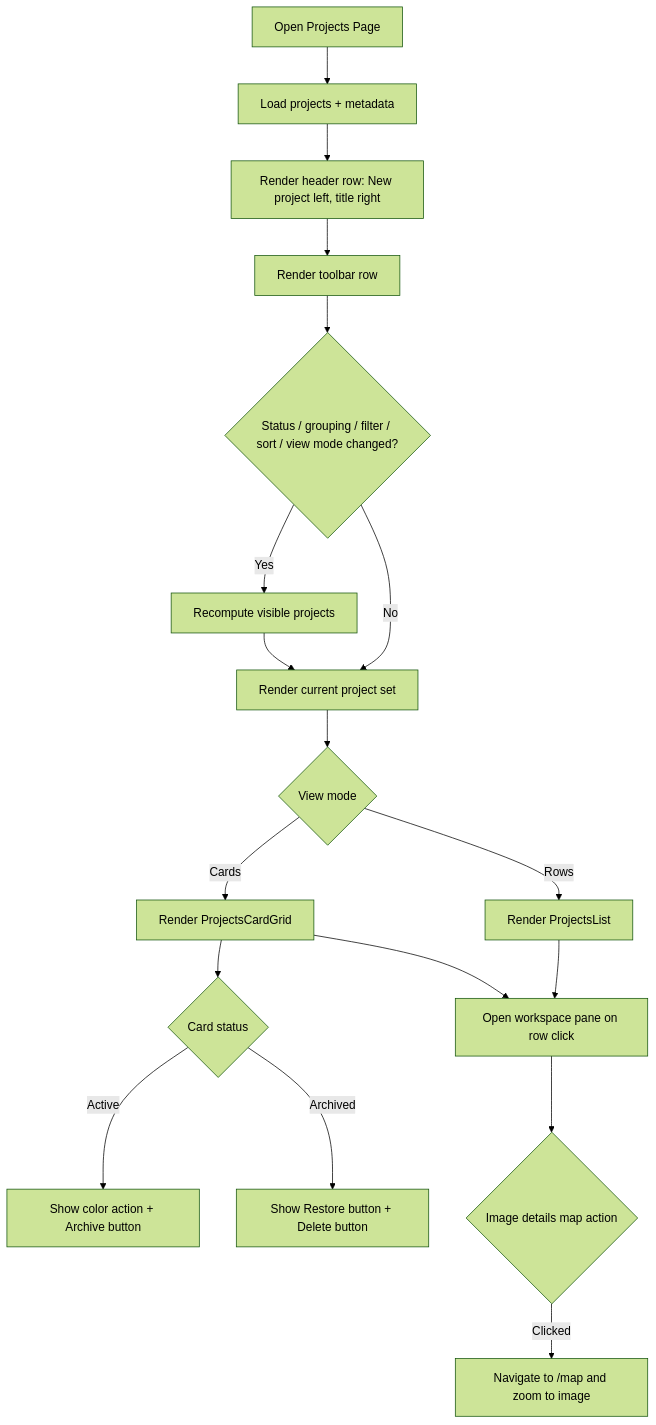
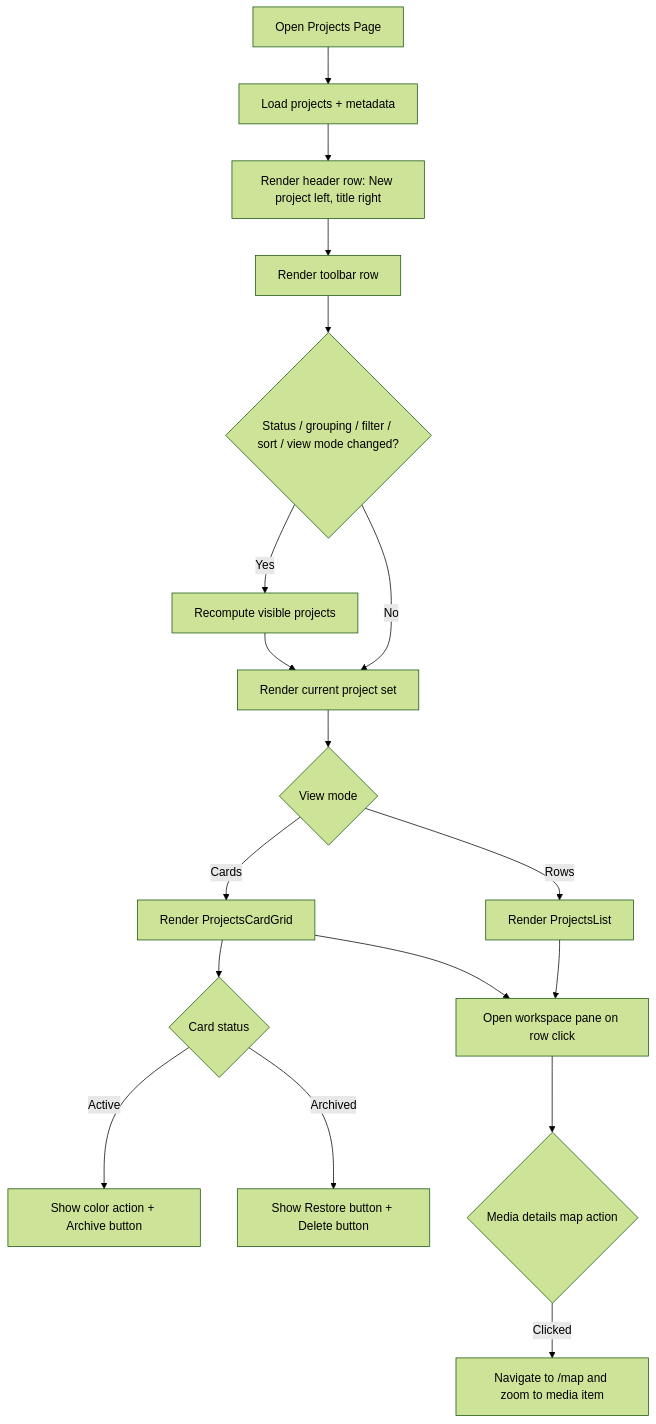
Before and after one commit to matkleve/feldpost: the first of 5 diagrams in docs/specs/page/projects-page.md, drawn with Mermaid (forest theme). The commit also changed other lines of this file and 26 other files, not shown here.

````diff
--- a/docs/specs/page/projects-page.md
+++ b/docs/specs/page/projects-page.md
@@ -44,20 +44,20 @@
 ```mermaid
 flowchart TD
 	A[Open Projects Page] --> B[Load projects + metadata]
 	B --> C[Render header row: New project left, title right]
 	C --> D[Render toolbar row]
 	D --> E{Status / grouping / filter / sort / view mode changed?}
 	E -- Yes --> F[Recompute visible projects]
 	E -- No --> G[Render current project set]
 	F --> G
 	G --> H{View mode}
 	H -- Rows --> I[Render ProjectsList]
 	H -- Cards --> J[Render ProjectsCardGrid]
 	J --> K{Card status}
 	K -- Active --> L[Show color action + Archive button]
 	K -- Archived --> M[Show Restore button + Delete button]
 	I --> N[Open workspace pane on row click]
 	J --> N
-	N --> O{Image details map action}
-	O -- Clicked --> P[Navigate to /map and zoom to image]
+  N --> O{Media details map action}
+  O -- Clicked --> P[Navigate to /map and zoom to media item]
 ```
````
